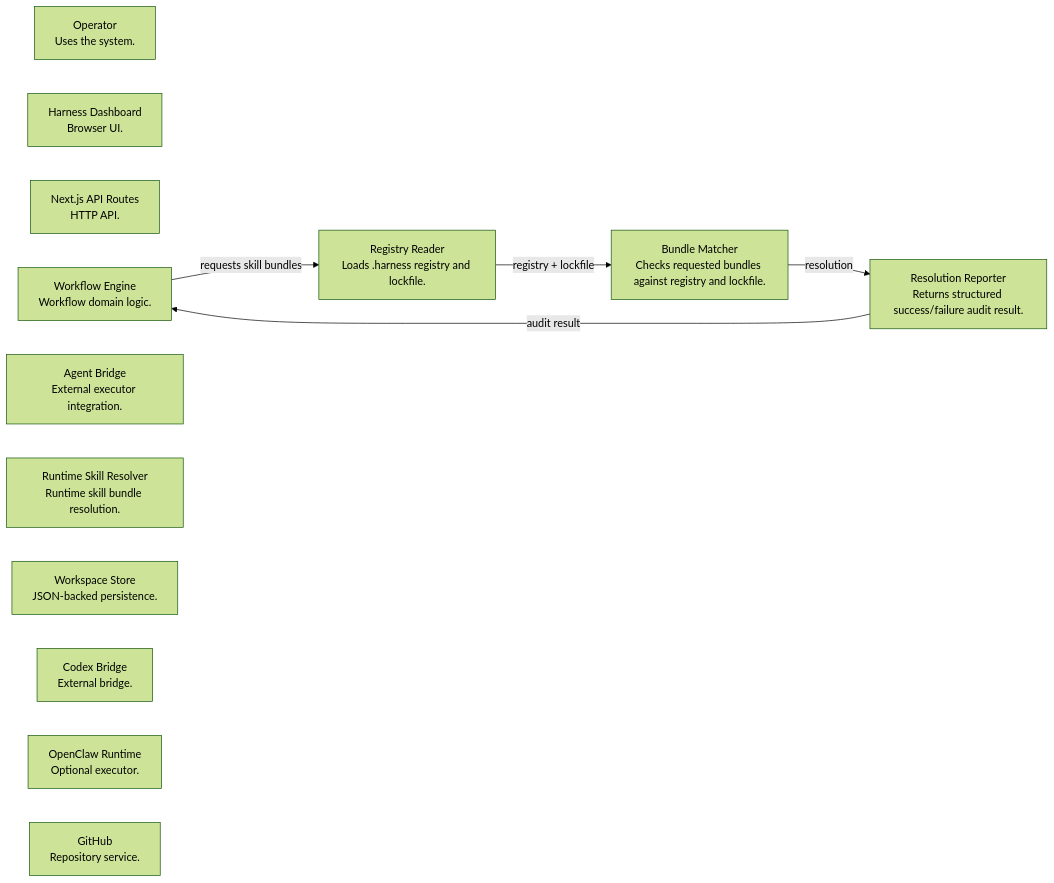
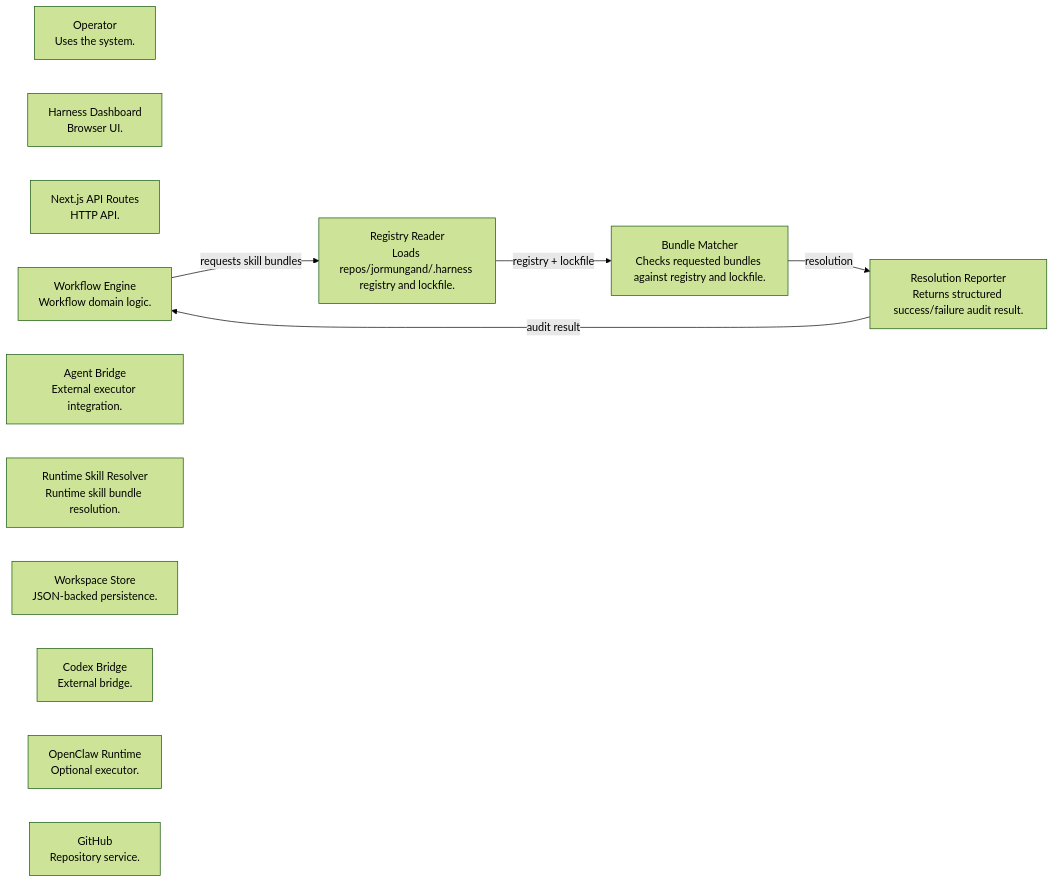
Before and after one commit to linderwu/harness-framework: the diagram in wiki/c4/diagrams/component-runtime-skill-resolver.mmd, drawn with Mermaid (forest theme). The commit also changed 76 other files, not shown here.

```diff
--- a/wiki/c4/diagrams/component-runtime-skill-resolver.mmd
+++ b/wiki/c4/diagrams/component-runtime-skill-resolver.mmd
@@ -1,19 +1,19 @@
 flowchart LR
   %% Runtime Skill Resolver Components
   operator["Operator<br/>Uses the system."]
   dashboard["Harness Dashboard<br/>Browser UI."]
   api["Next.js API Routes<br/>HTTP API."]
   engine["Workflow Engine<br/>Workflow domain logic."]
   bridge["Agent Bridge<br/>External executor integration."]
   resolver["Runtime Skill Resolver<br/>Runtime skill bundle resolution."]
   store["Workspace Store<br/>JSON-backed persistence."]
   codex["Codex Bridge<br/>External bridge."]
   openclaw["OpenClaw Runtime<br/>Optional executor."]
   github["GitHub<br/>Repository service."]
-  reader["Registry Reader<br/>Loads .harness registry and lockfile."]
+  reader["Registry Reader<br/>Loads repos/jormungand/.harness registry and lockfile."]
   matcher["Bundle Matcher<br/>Checks requested bundles against registry and lockfile."]
   reporter["Resolution Reporter<br/>Returns structured success/failure audit result."]
   engine -->|"requests skill bundles"| reader
   reader -->|"registry + lockfile"| matcher
   matcher -->|"resolution"| reporter
   reporter -->|"audit result"| engine
```
